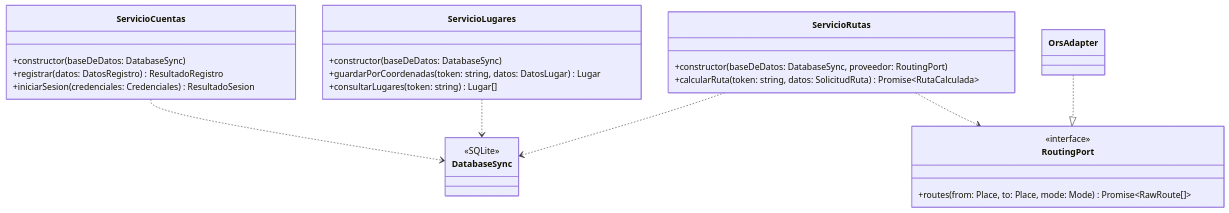
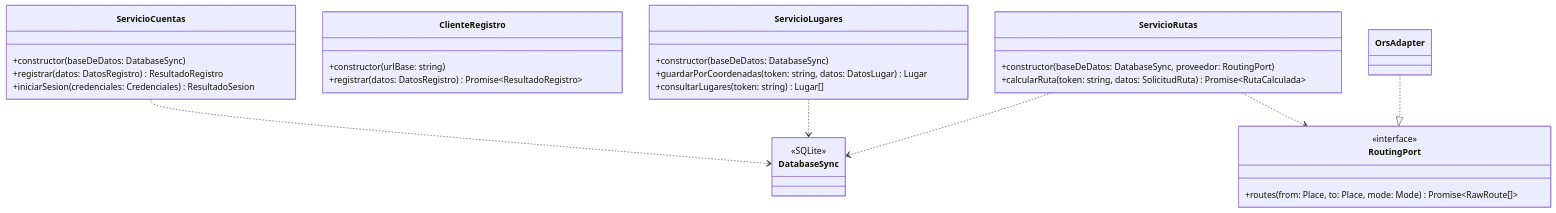
One commit to Kiliansito/ei1039-ei1048-movilidad changed the diagram in docs/entrega2/uml-sut-it01.md. Above: the diagram before and after it, drawn with Mermaid. The commit also changed other lines of this file and 2 other files, not shown here.

Commit message:
test(it01h01): cover remaining registration scenarios

````diff
--- a/docs/entrega2/uml-sut-it01.md
+++ b/docs/entrega2/uml-sut-it01.md
@@ -5,34 +5,38 @@
 ```mermaid
 classDiagram
     direction TB
 
     class ServicioCuentas {
         +constructor(baseDeDatos: DatabaseSync)
         +registrar(datos: DatosRegistro) ResultadoRegistro
         +iniciarSesion(credenciales: Credenciales) ResultadoSesion
+    }
+    class ClienteRegistro {
+        +constructor(urlBase: string)
+        +registrar(datos: DatosRegistro) Promise~ResultadoRegistro~
     }
     class ServicioLugares {
         +constructor(baseDeDatos: DatabaseSync)
         +guardarPorCoordenadas(token: string, datos: DatosLugar) Lugar
         +consultarLugares(token: string) Lugar[]
     }
     class ServicioRutas {
         +constructor(baseDeDatos: DatabaseSync, proveedor: RoutingPort)
         +calcularRuta(token: string, datos: SolicitudRuta) Promise~RutaCalculada~
     }
 
     class DatabaseSync {
         <<SQLite>>
     }
     class RoutingPort {
         <<interface>>
         +routes(from: Place, to: Place, mode: Mode) Promise~RawRoute[]~
     }
     class OrsAdapter
 
     ServicioCuentas ..> DatabaseSync
     ServicioLugares ..> DatabaseSync
     ServicioRutas ..> DatabaseSync
     ServicioRutas ..> RoutingPort
     OrsAdapter ..|> RoutingPort
 ```
````
